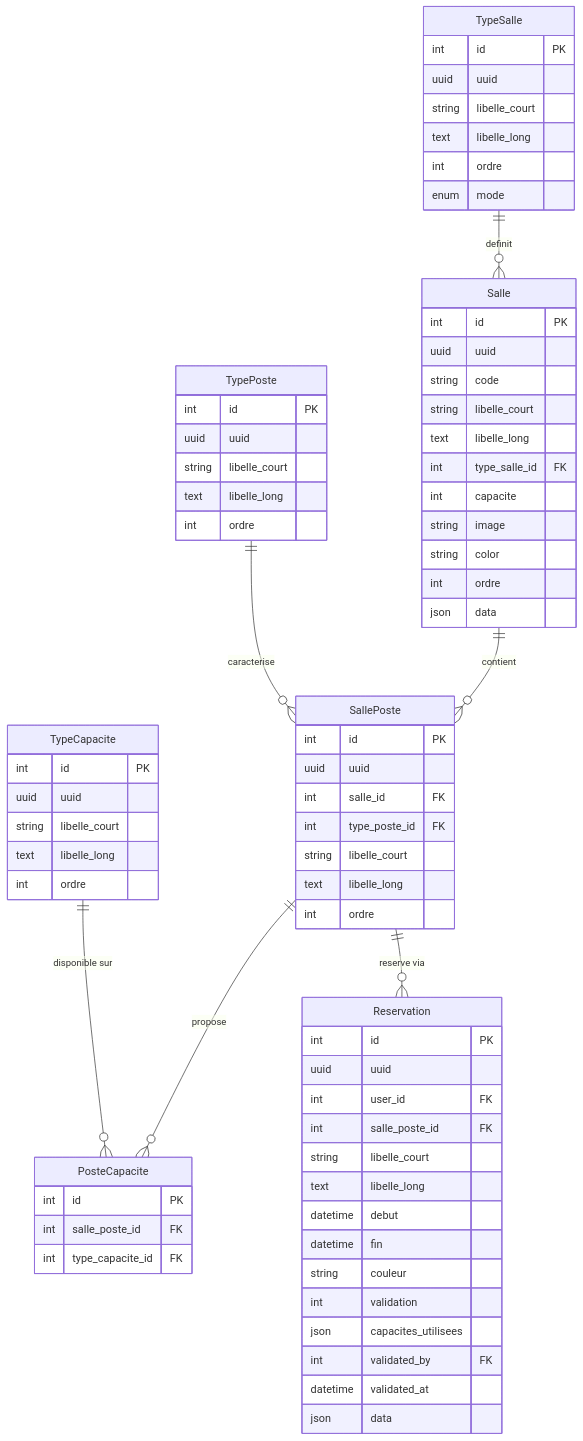
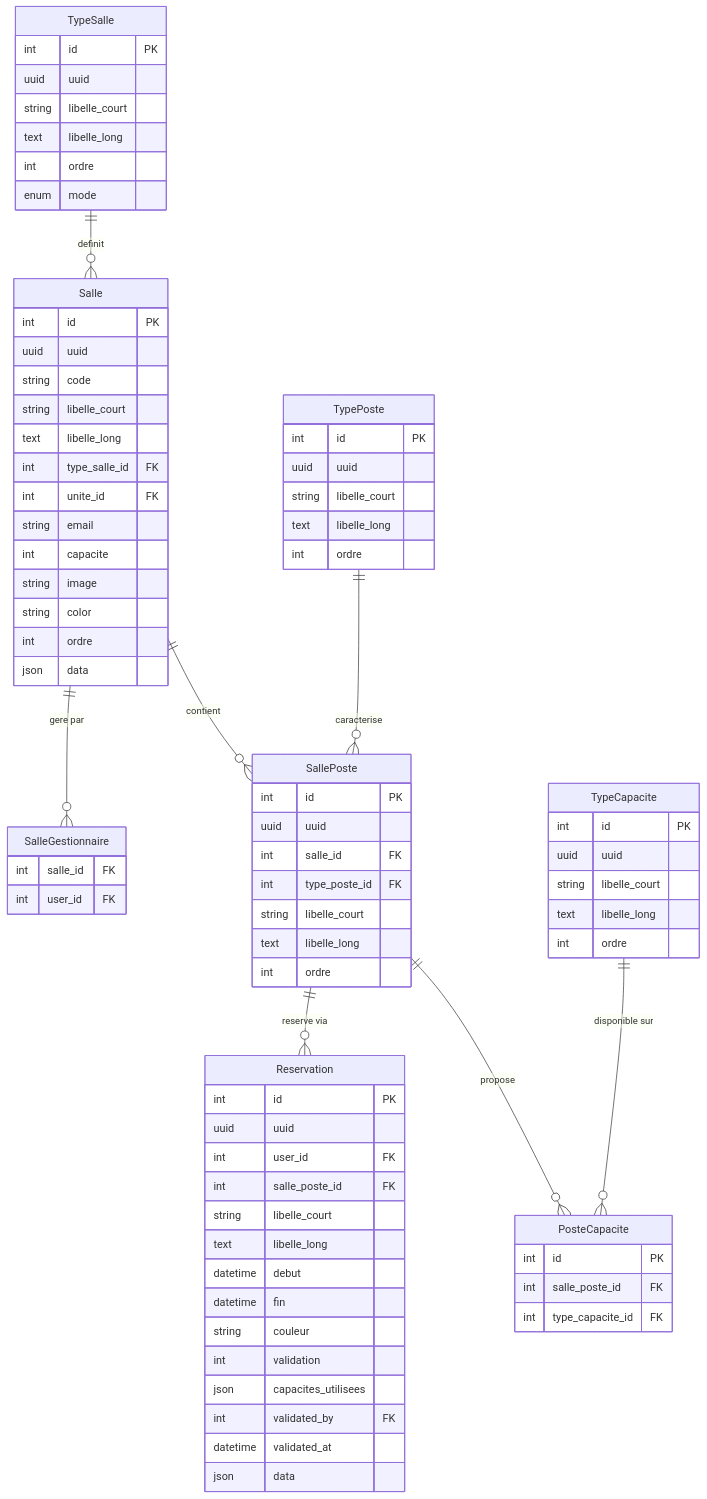
Before and after one commit to nawak88/module_resa: the diagram in resources/docs/base-de-donnees.md, drawn with Mermaid. The commit also changed other lines of this file and 28 other files, not shown here.

Commit message:
Implements Art #740482 : Creation Gestionnaire pour les salles + modif email + creation Extends User dans Resa +  ajout test unitaire

````diff
--- a/resources/docs/base-de-donnees.md
+++ b/resources/docs/base-de-donnees.md
@@ -19,75 +19,82 @@
 ```mermaid
 erDiagram
     TypeSalle {
         int id PK
         uuid uuid
         string libelle_court
         text libelle_long
         int ordre
         enum mode
     }
     Salle {
         int id PK
         uuid uuid
         string code
         string libelle_court
         text libelle_long
         int type_salle_id FK
+        int unite_id FK
+        string email
         int capacite
         string image
         string color
         int ordre
         json data
+    }
+    SalleGestionnaire {
+        int salle_id FK
+        int user_id FK
     }
     TypePoste {
         int id PK
         uuid uuid
         string libelle_court
         text libelle_long
         int ordre
     }
     SallePoste {
         int id PK
         uuid uuid
         int salle_id FK
         int type_poste_id FK
         string libelle_court
         text libelle_long
         int ordre
     }
     TypeCapacite {
         int id PK
         uuid uuid
         string libelle_court
         text libelle_long
         int ordre
     }
     PosteCapacite {
         int id PK
         int salle_poste_id FK
         int type_capacite_id FK
     }
     Reservation {
         int id PK
         uuid uuid
         int user_id FK
         int salle_poste_id FK
         string libelle_court
         text libelle_long
         datetime debut
         datetime fin
         string couleur
         int validation
         json capacites_utilisees
         int validated_by FK
         datetime validated_at
         json data
     }
 
     TypeSalle ||--o{ Salle : "definit"
     Salle ||--o{ SallePoste : "contient"
+    Salle ||--o{ SalleGestionnaire : "gere par"
     TypePoste ||--o{ SallePoste : "caracterise"
     SallePoste ||--o{ PosteCapacite : "propose"
     TypeCapacite ||--o{ PosteCapacite : "disponible sur"
     SallePoste ||--o{ Reservation : "reserve via"
 ```
````
